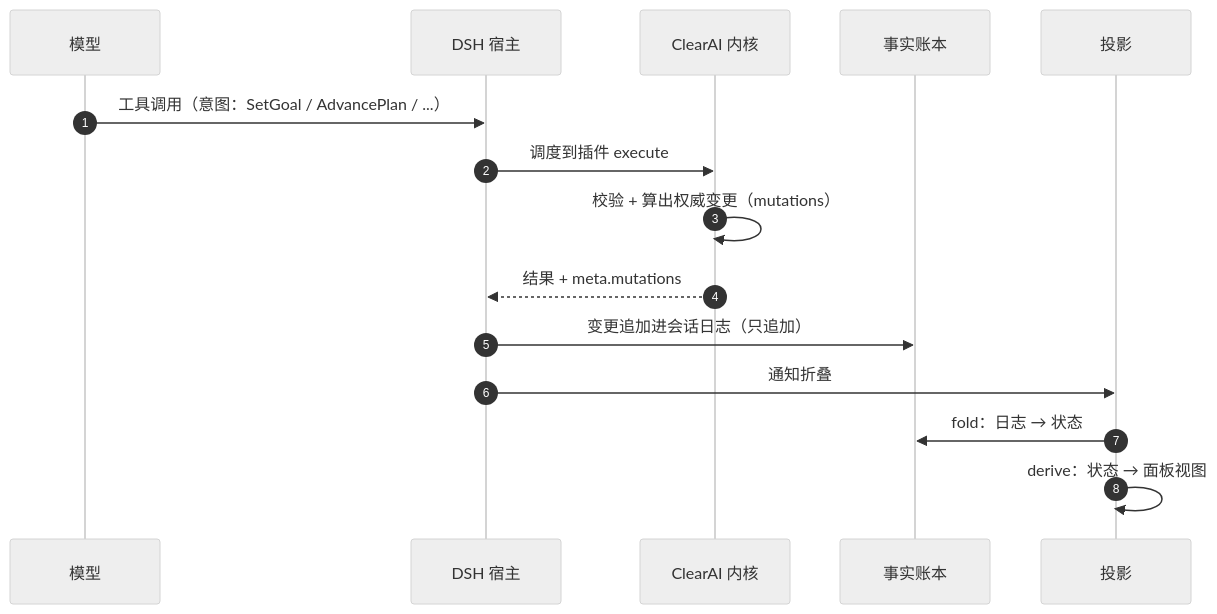
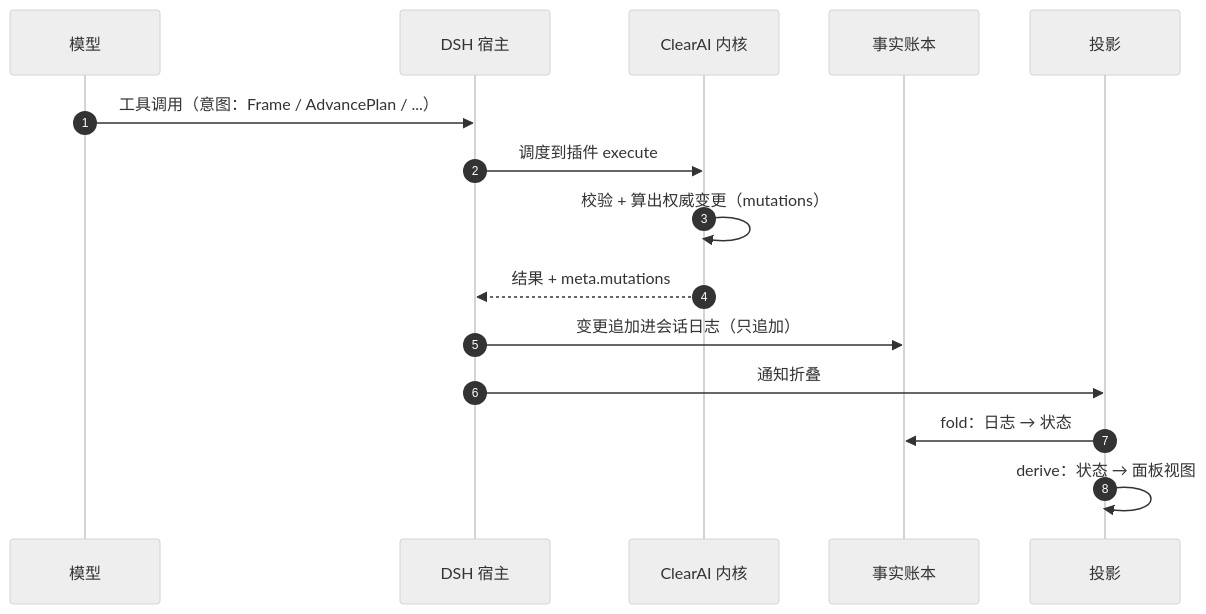
One commit to Clearailhc/clearai-dsh changed the first of 8 diagrams in docs/optimization/timing-diagrams.zh-CN.md. Above: the diagram before and after it, drawn with Mermaid (neutral theme). The commit also changed other lines of this file and 42 other files, not shown here.

````diff
--- a/docs/optimization/timing-diagrams.zh-CN.md
+++ b/docs/optimization/timing-diagrams.zh-CN.md
@@ -25,18 +25,18 @@
 ```mermaid
 sequenceDiagram
     autonumber
     participant M as 模型
     participant D as DSH 宿主
     participant K as ClearAI 内核
     participant L as 事实账本
     participant P as 投影
 
-    M->>D: 工具调用（意图：SetGoal / AdvancePlan / ...）
+    M->>D: 工具调用（意图：Frame / AdvancePlan / ...）
     D->>K: 调度到插件 execute
     K->>K: 校验 + 算出权威变更（mutations）
     K-->>D: 结果 + meta.mutations
     D->>L: 变更追加进会话日志（只追加）
     D->>P: 通知折叠
     P->>L: fold：日志 → 状态
     P->>P: derive：状态 → 面板视图
 ```
````
